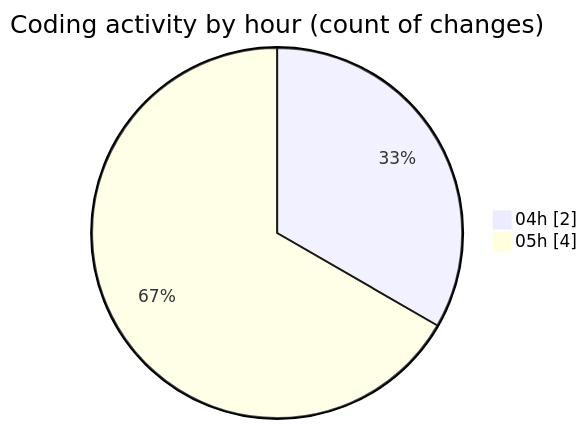
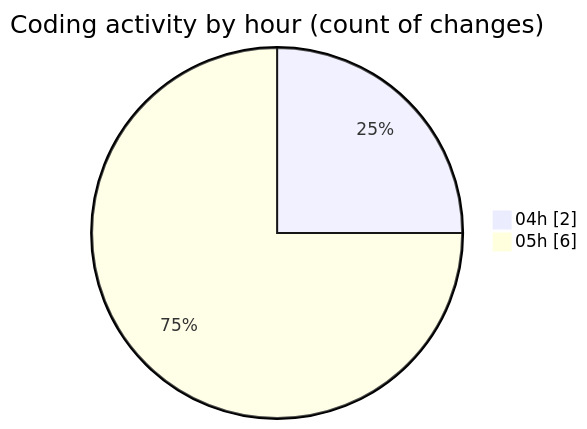
The second of 2 diagrams in 2024-12-31/nyah/README.md (3Nya3/code-tracking), drawn with Mermaid before and after one commit. The commit also changed other lines of this file and 1 other file, not shown here.

````diff
--- a/2024-12-31/nyah/README.md
+++ b/2024-12-31/nyah/README.md
@@ -30,6 +30,6 @@
 ```mermaid
 pie showData
 title Coding activity by hour (count of changes)
 "04h" : 2
-"05h" : 4
+"05h" : 6
 ```
````
